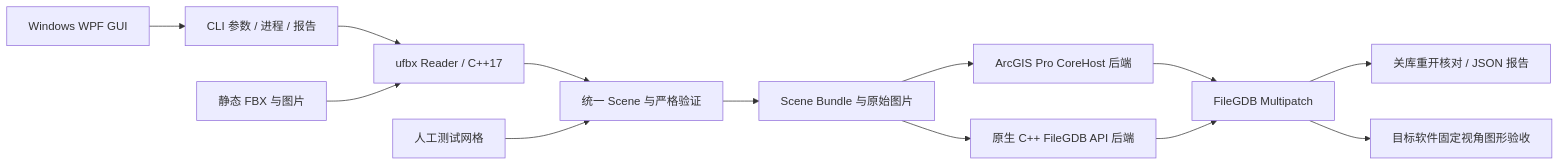
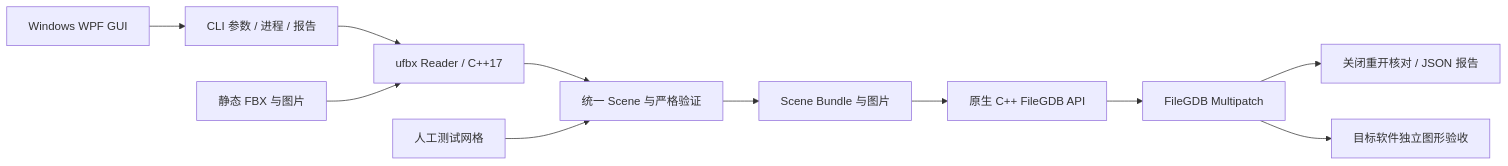
Before and after one commit to jasper-gis/GeoModelBridge: the diagram in docs/architecture.md, drawn with Mermaid. The commit also changed other lines of this file and 64 other files, not shown here.

````diff
--- a/docs/architecture.md
+++ b/docs/architecture.md
@@ -3,15 +3,13 @@
 ```mermaid
 flowchart LR
   UI[Windows WPF GUI] --> C[CLI 参数 / 进程 / 报告]
   C --> R
   FBX[静态 FBX 与图片] --> R[ufbx Reader / C++17]
   R --> S[统一 Scene 与严格验证]
   F[人工测试网格] --> S
-  S --> B[Scene Bundle 与原始图片]
-  B --> P[ArcGIS Pro CoreHost 后端]
-  B --> N[原生 C++ FileGDB API 后端]
-  P --> G[FileGDB Multipatch]
-  N --> G
-  G --> V[关库重开核对 / JSON 报告]
-  G --> A[目标软件固定视角图形验收]
+  S --> B[Scene Bundle 与图片]
+  B --> N[原生 C++ FileGDB API]
+  N --> G[FileGDB Multipatch]
+  G --> V[关闭重开核对 / JSON 报告]
+  G --> A[目标软件独立图形验收]
 ```
````
